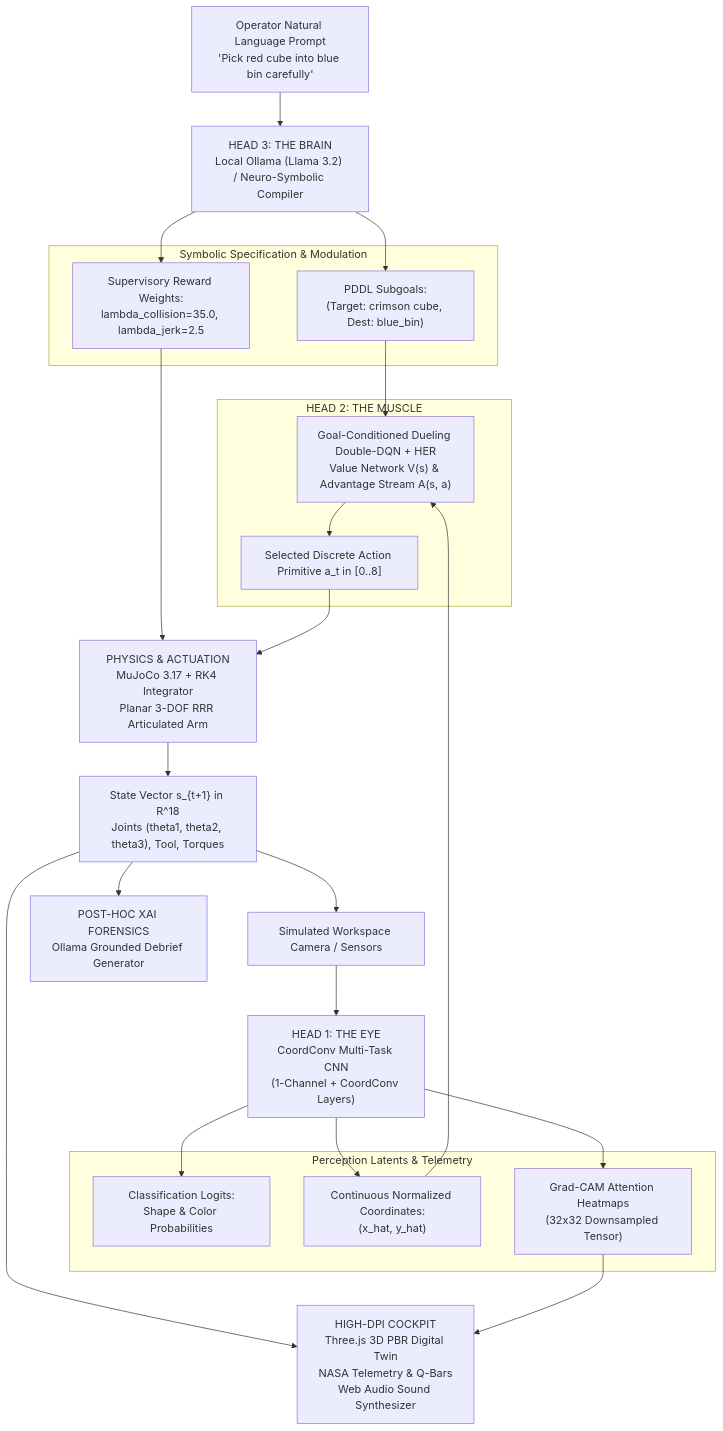
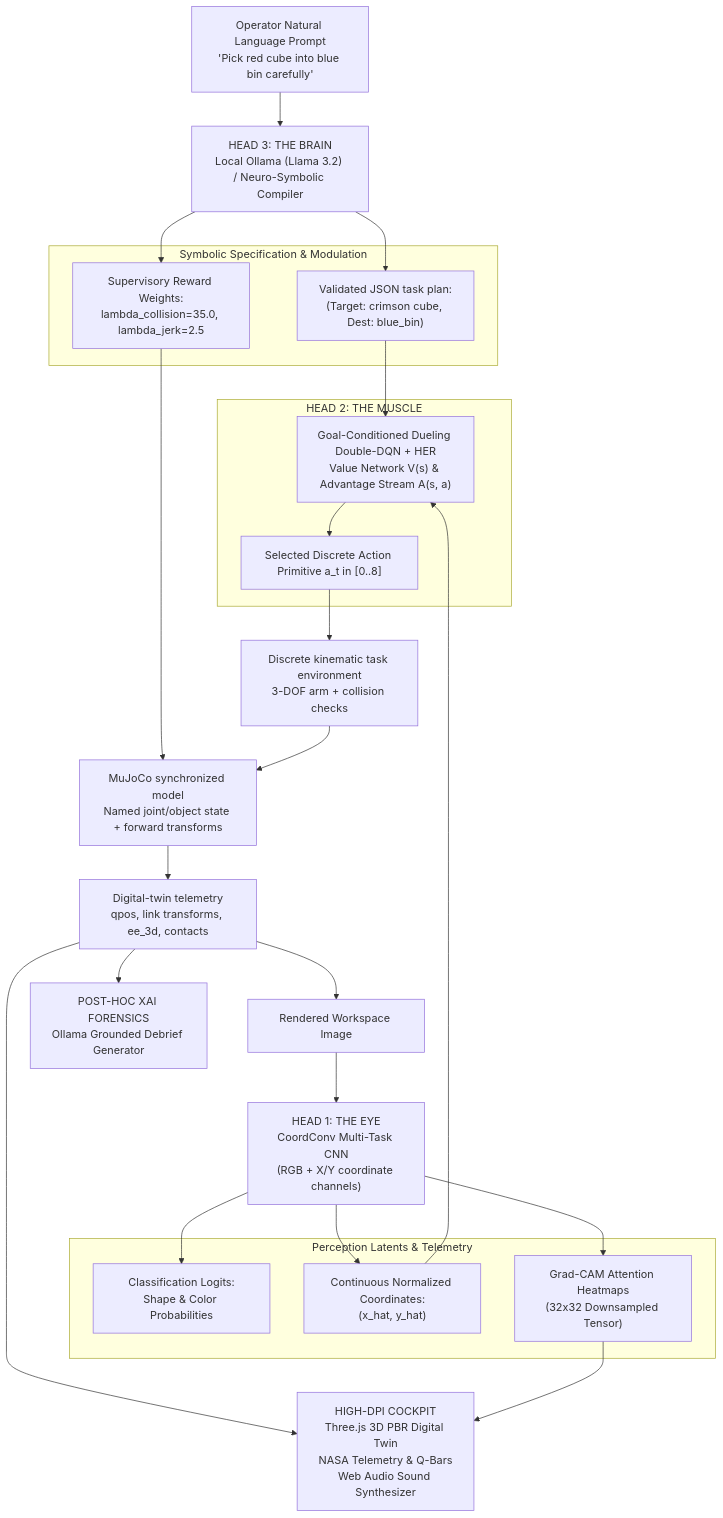
The diagram in docs/ARCHITECTURE.md (darayavahoush/CERBERUS-ARM), drawn with Mermaid before and after one commit. The commit also changed other lines of this file and 49 other files, not shown here.

````diff
--- a/docs/ARCHITECTURE.md
+++ b/docs/ARCHITECTURE.md
@@ -11,40 +11,41 @@
 ```mermaid
 flowchart TD
     User["Operator Natural Language Prompt\n'Pick red cube into blue bin carefully'"] --> Head3["HEAD 3: THE BRAIN\nLocal Ollama (Llama 3.2) / Neuro-Symbolic Compiler"]
     
     subgraph BrainOutput ["Symbolic Specification & Modulation"]
-        PDDL["PDDL Subgoals:\n(Target: crimson cube, Dest: blue_bin)"]
+        PDDL["Validated JSON task plan:\n(Target: crimson cube, Dest: blue_bin)"]
         Weights["Supervisory Reward Weights:\nlambda_collision=35.0, lambda_jerk=2.5"]
     end
     Head3 --> PDDL
     Head3 --> Weights
 
-    Sensors["Simulated Workspace Camera / Sensors"] --> Head1["HEAD 1: THE EYE\nCoordConv Multi-Task CNN\n(1-Channel + CoordConv Layers)"]
+    Sensors["Rendered Workspace Image"] --> Head1["HEAD 1: THE EYE\nCoordConv Multi-Task CNN\n(RGB + X/Y coordinate channels)"]
     
     subgraph VisionOutput ["Perception Latents & Telemetry"]
         ClassPred["Classification Logits:\nShape & Color Probabilities"]
         Centroids["Continuous Normalized Coordinates:\n(x_hat, y_hat)"]
         GradCAM["Grad-CAM Attention Heatmaps\n(32x32 Downsampled Tensor)"]
     end
     Head1 --> ClassPred
     Head1 --> Centroids
     Head1 --> GradCAM
 
     PDDL --> Head2
     Weights --> MuJoCo
     Centroids --> Head2
 
     subgraph Manipulation ["HEAD 2: THE MUSCLE"]
         Head2["Goal-Conditioned Dueling Double-DQN + HER\nValue Network V(s) & Advantage Stream A(s, a)"]
         Policy["Selected Discrete Action Primitive a_t in [0..8]"]
         Head2 --> Policy
     end
 
-    Policy --> MuJoCo["PHYSICS & ACTUATION\nMuJoCo 3.17 + RK4 Integrator\nPlanar 3-DOF RRR Articulated Arm"]
-    MuJoCo --> State["State Vector s_{t+1} in R^18\nJoints (theta1, theta2, theta3), Tool, Torques"]
+    Policy --> TaskEnv["Discrete kinematic task environment\n3-DOF arm + collision checks"]
+    TaskEnv --> MuJoCo["MuJoCo synchronized model\nNamed joint/object state + forward transforms"]
+    MuJoCo --> State["Digital-twin telemetry\nqpos, link transforms, ee_3d, contacts"]
     State --> Sensors
 
     State --> Dashboard["HIGH-DPI COCKPIT\nThree.js 3D PBR Digital Twin\nNASA Telemetry & Q-Bars\nWeb Audio Sound Synthesizer"]
     GradCAM --> Dashboard
     State --> Debrief["POST-HOC XAI FORENSICS\nOllama Grounded Debrief Generator"]
 ```
````
